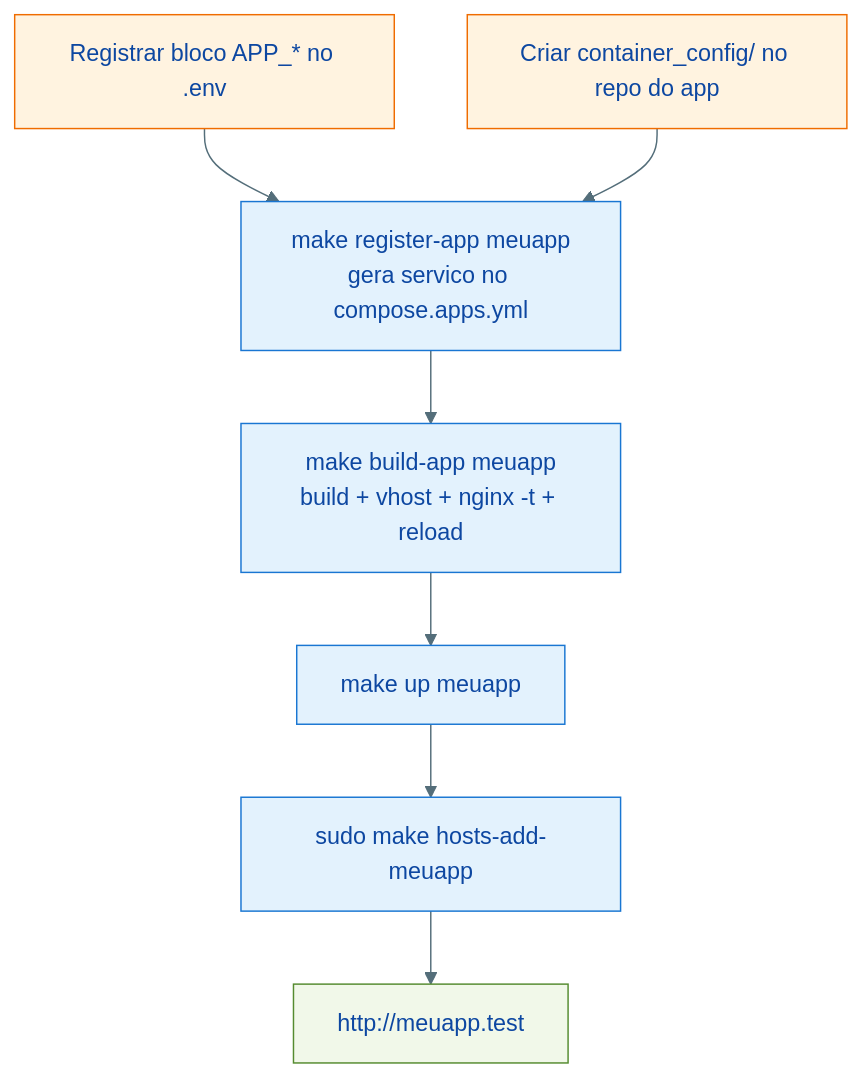
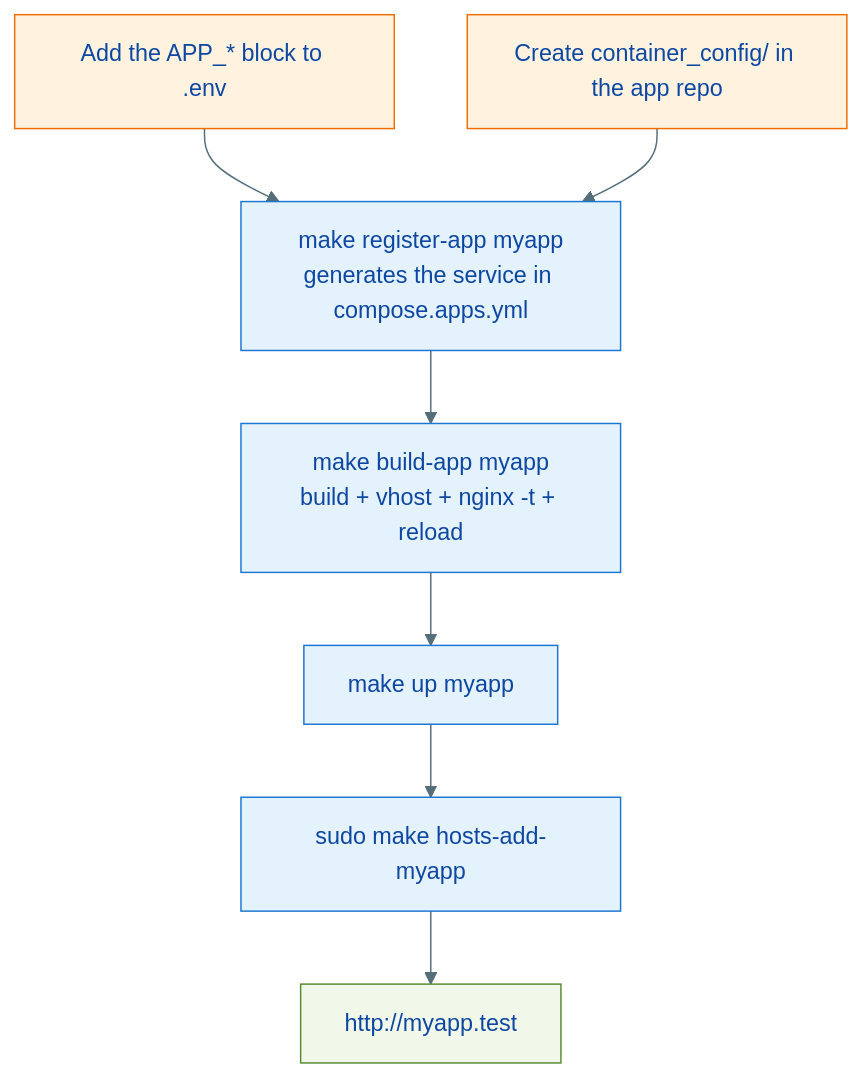
Before and after one commit to giacomeli/makephp: the diagram in docs/apps.md, drawn with Mermaid. The commit also changed other lines of this file and 43 other files, not shown here.

````diff
--- a/docs/apps.md
+++ b/docs/apps.md
@@ -73,25 +73,25 @@
 ```mermaid
 %%{init: {'theme':'base','themeVariables':{'primaryColor':'#E3F2FD','primaryTextColor':'#0D47A1','primaryBorderColor':'#1976D2','lineColor':'#546E7A'}}}%%
 flowchart TB
-    accTitle: Ciclo de vida de um app no makephp
-    accDescr: Registro no .env, geracao do servico compose, build com geracao de vhost validada, subida do container, alias no /etc/hosts e acesso pelo browser.
+    accTitle: App lifecycle in makephp
+    accDescr: Registration in .env, compose service generation, build with validated vhost generation, container start, /etc/hosts alias and browser access.
 
     classDef manual fill:#FFF3E0,stroke:#EF6C00
     classDef auto fill:#E3F2FD,stroke:#1976D2
     classDef result fill:#F1F8E9,stroke:#558B2F
 
-    REG["Registrar bloco APP_* no .env"]:::manual
-    CFG["Criar container_config/ no repo do app"]:::manual
-    SVC["make register-app meuapp<br>gera servico no compose.apps.yml"]:::auto
-    BUILD["make build-app meuapp<br>build + vhost + nginx -t + reload"]:::auto
-    UP["make up meuapp"]:::auto
-    HOSTS["sudo make hosts-add-meuapp"]:::auto
-    ACCESS["http://meuapp.test"]:::result
+    REG["Add the APP_* block to .env"]:::manual
+    CFG["Create container_config/ in the app repo"]:::manual
+    SVC["make register-app myapp<br>generates the service in compose.apps.yml"]:::auto
+    BUILD["make build-app myapp<br>build + vhost + nginx -t + reload"]:::auto
+    UP["make up myapp"]:::auto
+    HOSTS["sudo make hosts-add-myapp"]:::auto
+    ACCESS["http://myapp.test"]:::result
 
     REG --> SVC
     CFG --> SVC
     SVC --> BUILD
     BUILD --> UP
     UP --> HOSTS
     HOSTS --> ACCESS
 ```
````
